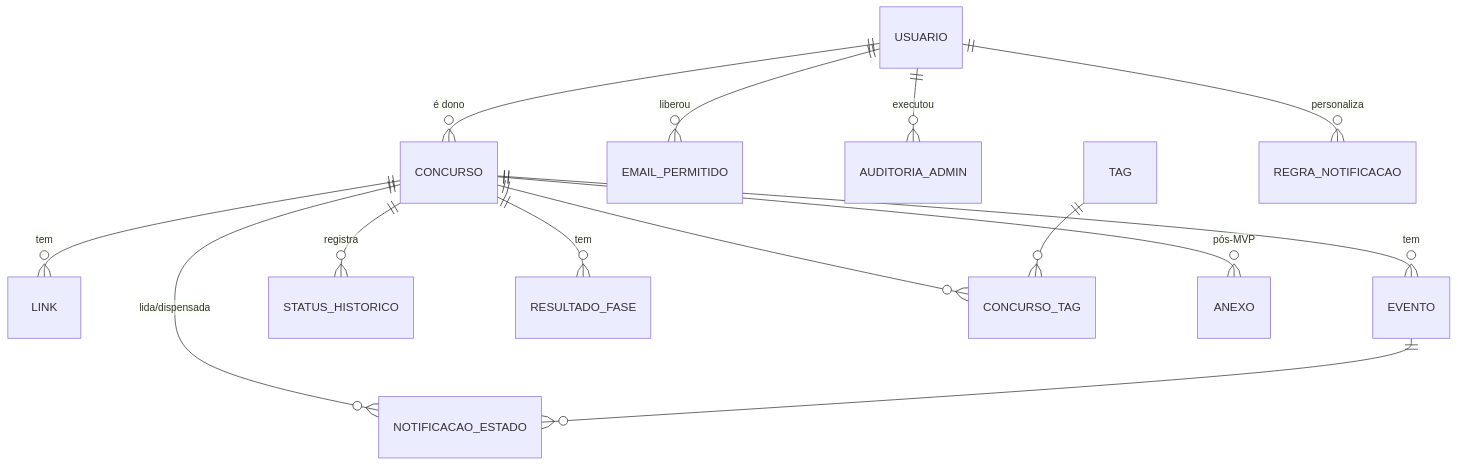
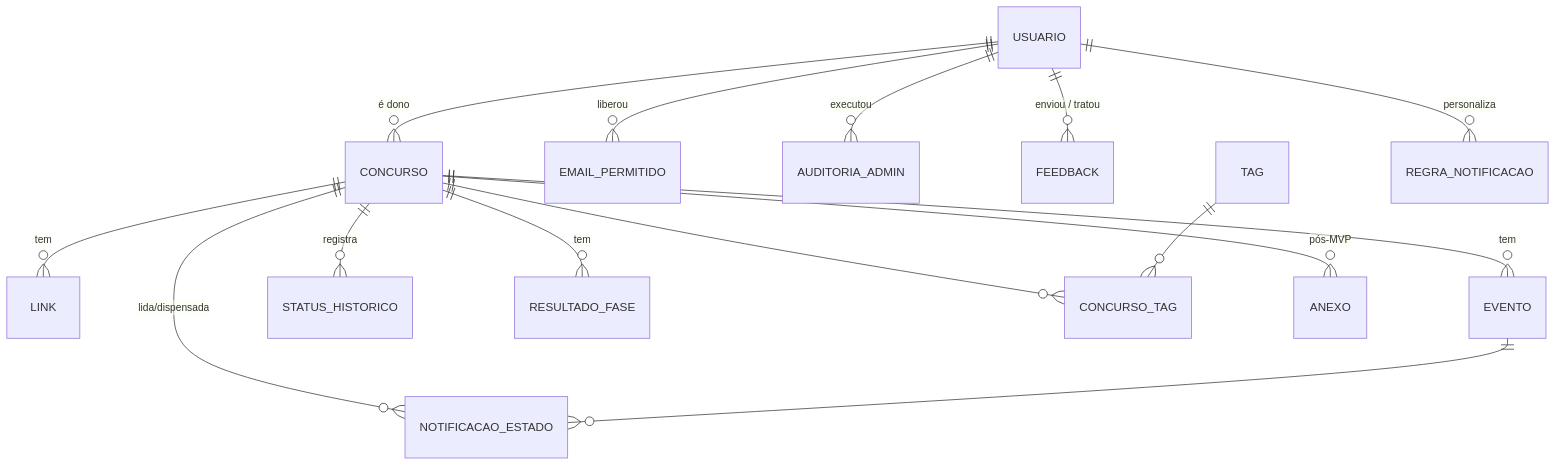
Before and after one commit to rkenjiak/concurso: the second of 2 diagrams in docs/ARQUITETURA.md, drawn with Mermaid. The commit also changed other lines of this file and 3 other files, not shown here.

````diff
--- a/docs/ARQUITETURA.md
+++ b/docs/ARQUITETURA.md
@@ -75,16 +75,17 @@
 ```mermaid
 erDiagram
   USUARIO ||--o{ CONCURSO : "é dono"
   USUARIO ||--o{ EMAIL_PERMITIDO : "liberou"
   USUARIO ||--o{ AUDITORIA_ADMIN : "executou"
+  USUARIO ||--o{ FEEDBACK : "enviou / tratou"
   CONCURSO ||--o{ LINK : tem
   CONCURSO ||--o{ EVENTO : tem
   CONCURSO ||--o{ STATUS_HISTORICO : registra
   CONCURSO ||--o{ RESULTADO_FASE : tem
   CONCURSO ||--o{ CONCURSO_TAG : ""
   TAG ||--o{ CONCURSO_TAG : ""
   CONCURSO ||--o{ ANEXO : "pós-MVP"
   USUARIO ||--o{ REGRA_NOTIFICACAO : personaliza
   CONCURSO ||--o{ NOTIFICACAO_ESTADO : "lida/dispensada"
   EVENTO ||--o{ NOTIFICACAO_ESTADO : ""
 ```
````
